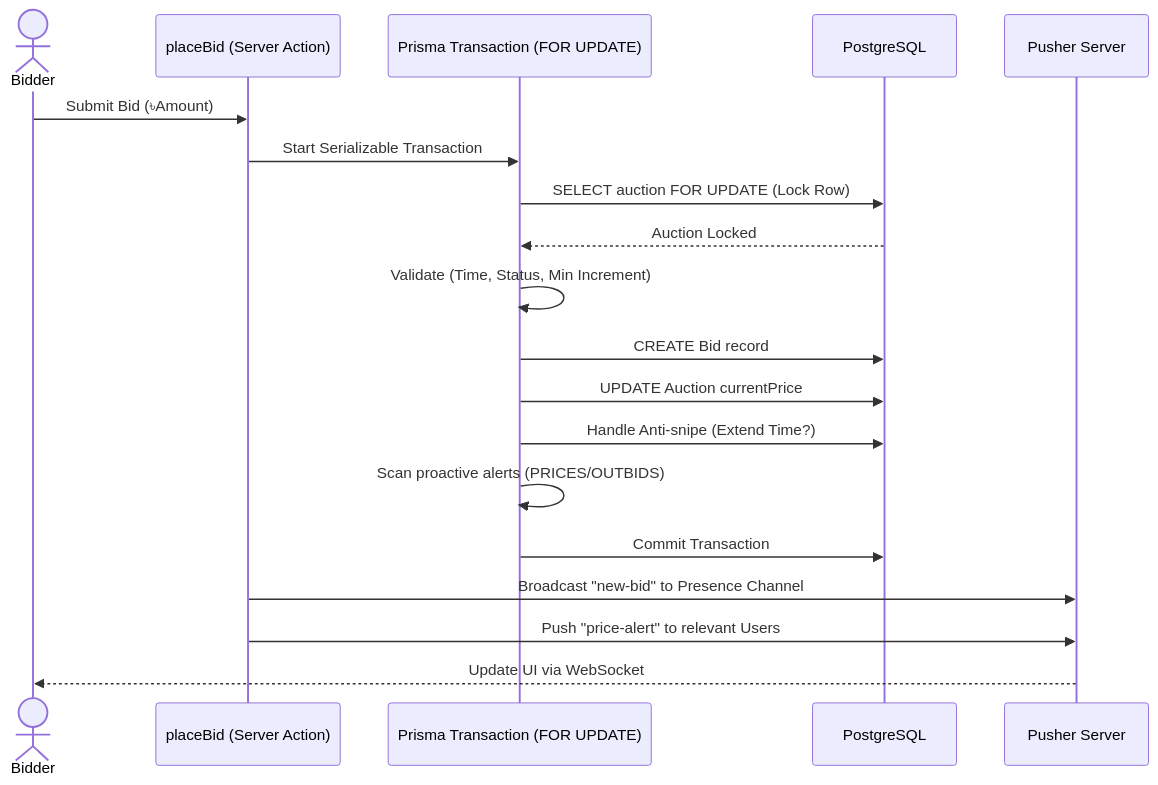
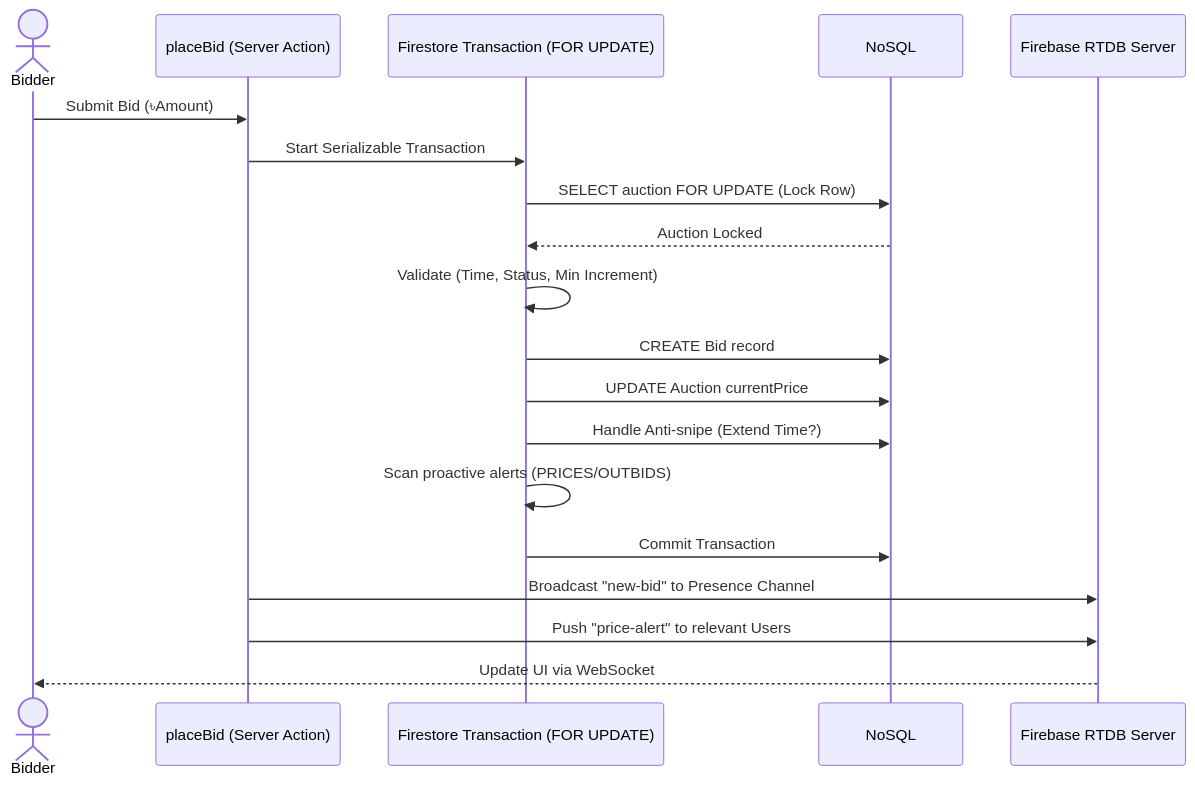
One commit to Sayem9999/nilamit.com changed the second of 5 diagrams in docs/flow.md. Above: the diagram before and after it, drawn with Mermaid. The commit also changed other lines of this file and 19 other files, not shown here.

````diff
--- a/docs/flow.md
+++ b/docs/flow.md
@@ -40,22 +40,22 @@
 ```mermaid
 sequenceDiagram
     actor Bidder
     participant SA as placeBid (Server Action)
-    participant TX as Prisma Transaction (FOR UPDATE)
-    participant DB as PostgreSQL
-    participant PS as Pusher Server
+    participant TX as Firestore Transaction (FOR UPDATE)
+    participant DB as NoSQL
+    participant PS as Firebase RTDB Server
     
     Bidder->>SA: Submit Bid (৳Amount)
     SA->>TX: Start Serializable Transaction
     TX->>DB: SELECT auction FOR UPDATE (Lock Row)
     DB-->>TX: Auction Locked
     TX->>TX: Validate (Time, Status, Min Increment)
     TX->>DB: CREATE Bid record
     TX->>DB: UPDATE Auction currentPrice
     TX->>DB: Handle Anti-snipe (Extend Time?)
     TX->>TX: Scan proactive alerts (PRICES/OUTBIDS)
     TX->>DB: Commit Transaction
     SA->>PS: Broadcast "new-bid" to Presence Channel
     SA->>PS: Push "price-alert" to relevant Users
     PS-->>Bidder: Update UI via WebSocket
 ```
````
